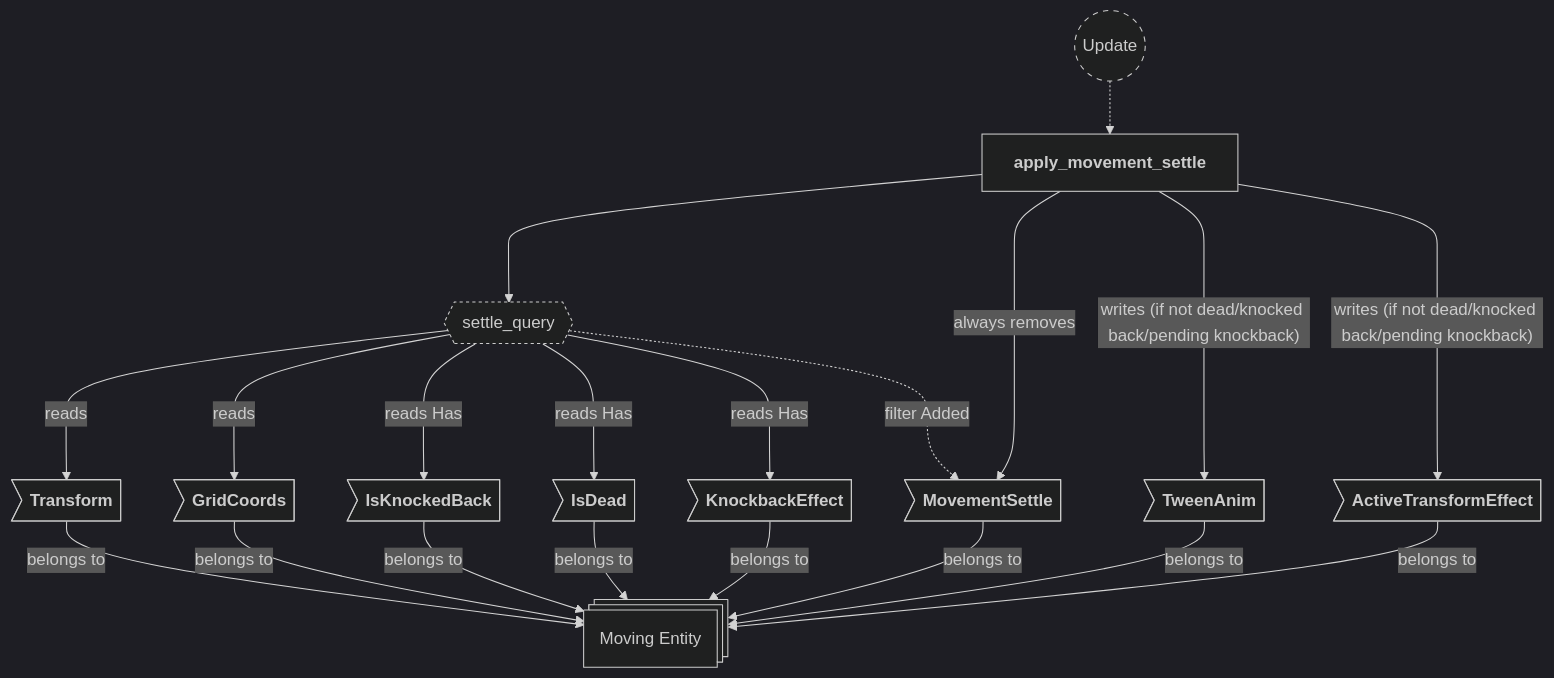
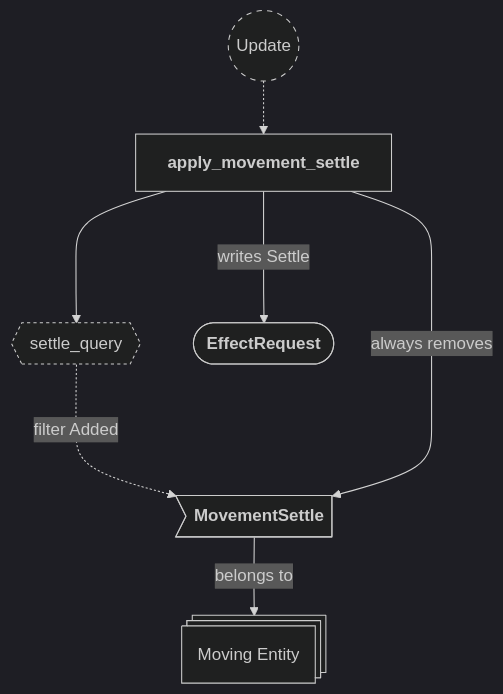
The fifth of 25 diagrams in backlog/docs/doc-10 - 008-Effects-plugin.md (neurosoup/tyled), drawn with Mermaid before and after one commit. The commit also changed other lines of this file and 10 other files, not shown here.

````diff
--- a/backlog/docs/doc-10 - 008-Effects-plugin.md
+++ b/backlog/docs/doc-10 - 008-Effects-plugin.md
@@ -369,39 +360,27 @@
 ```mermaid
 ---
 config:
   theme: dark
 ---
 
 flowchart TD
 classDef system-group stroke-dasharray: 5 5
 classDef query stroke-dasharray: 3 3
 
 update(("`Update`")):::system-group
 apply_movement_settle["`**apply_movement_settle**`"]
 
 update -.-> apply_movement_settle
 
 settle_query{{"`settle_query`"}}:::query
 apply_movement_settle ---> settle_query
 
 moving_entity@{ shape: st-rect, label: "Moving Entity" }
 
-me_transform>"`**Transform**`"] --> |belongs to| moving_entity
-me_grid_coords>"`**GridCoords**`"] --> |belongs to| moving_entity
-me_is_knocked>"`**IsKnockedBack**`"] --> |belongs to| moving_entity
-me_is_dead>"`**IsDead**`"] --> |belongs to| moving_entity
-me_knockback_effect>"`**KnockbackEffect**`"] --> |belongs to| moving_entity
 me_settle>"`**MovementSettle**`"] --> |belongs to| moving_entity
-me_tween>"`**TweenAnim**`"] --> |belongs to| moving_entity
-me_active>"`**ActiveTransformEffect**`"] --> |belongs to| moving_entity
 
-settle_query ---> |reads| me_transform
-settle_query ---> |reads| me_grid_coords
-settle_query ---> |reads Has| me_is_knocked
-settle_query ---> |reads Has| me_is_dead
-settle_query ---> |reads Has| me_knockback_effect
 settle_query -..-> |filter Added| me_settle
-apply_movement_settle ---> |"writes (if not dead/knocked back/pending knockback)"| me_tween
-apply_movement_settle ---> |"writes (if not dead/knocked back/pending knockback)"| me_active
+effect_request(["`**EffectRequest**`"])
+apply_movement_settle ---> |writes Settle| effect_request
 apply_movement_settle ---> |always removes| me_settle
 ```
````
